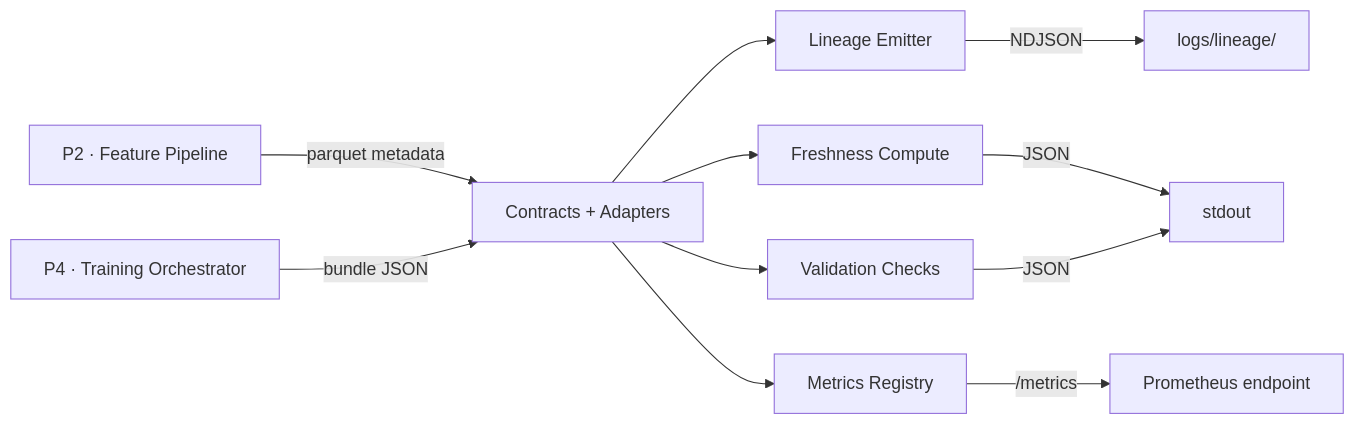
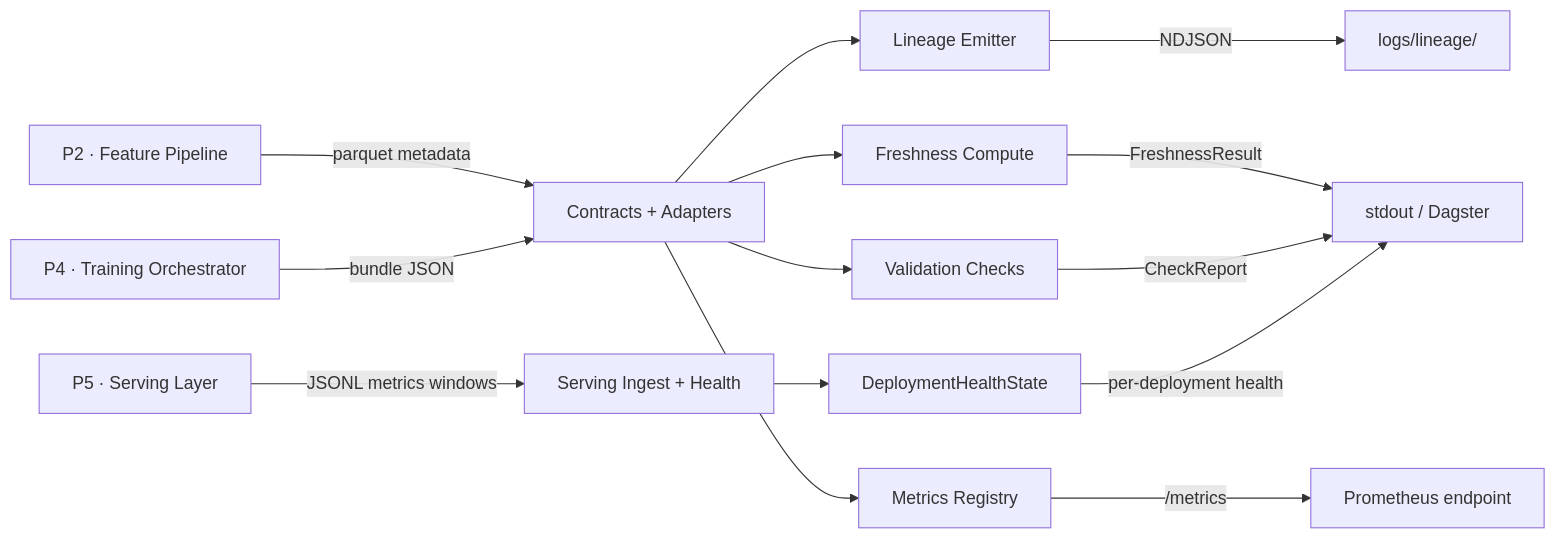
The diagram in README.md (scaleborg/monitoring-feedback-layer), drawn with Mermaid before and after one commit. The commit also changed other lines of this file and 7 other files, not shown here.

Commit message:
Align monitoring layer contracts, docs, and health flow

````diff
--- a/README.md
+++ b/README.md
@@ -24,13 +24,16 @@
 ```mermaid
 flowchart LR
     P2[P2 · Feature Pipeline] -->|parquet metadata| A[Contracts + Adapters]
     P4[P4 · Training Orchestrator] -->|bundle JSON| A
+    P5[P5 · Serving Layer] -->|JSONL metrics windows| S[Serving Ingest + Health]
     A --> L[Lineage Emitter]
     A --> F[Freshness Compute]
     A --> V[Validation Checks]
     A --> M[Metrics Registry]
+    S --> H[DeploymentHealthState]
     L -->|NDJSON| logs[logs/lineage/]
     M -->|/metrics| prom[Prometheus endpoint]
-    F -->|JSON| stdout[stdout]
-    V -->|JSON| stdout
+    F -->|FreshnessResult| stdout[stdout / Dagster]
+    V -->|CheckReport| stdout
+    H -->|per-deployment health| stdout
 ```
````
